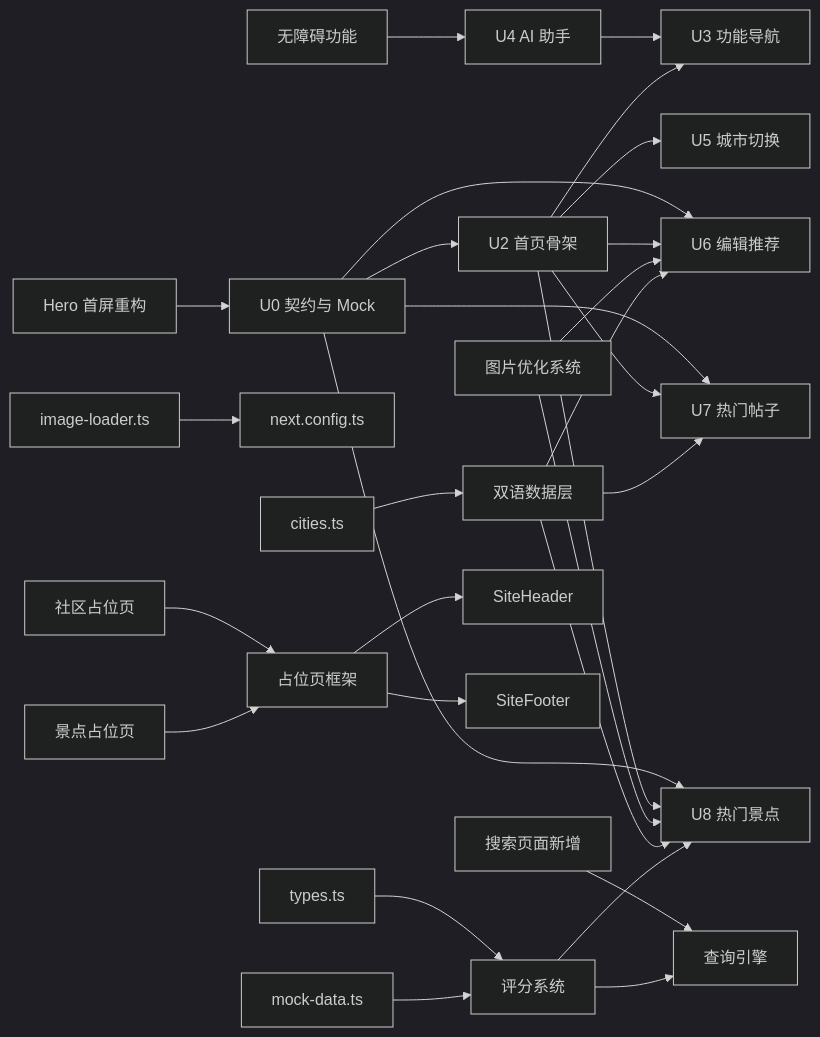
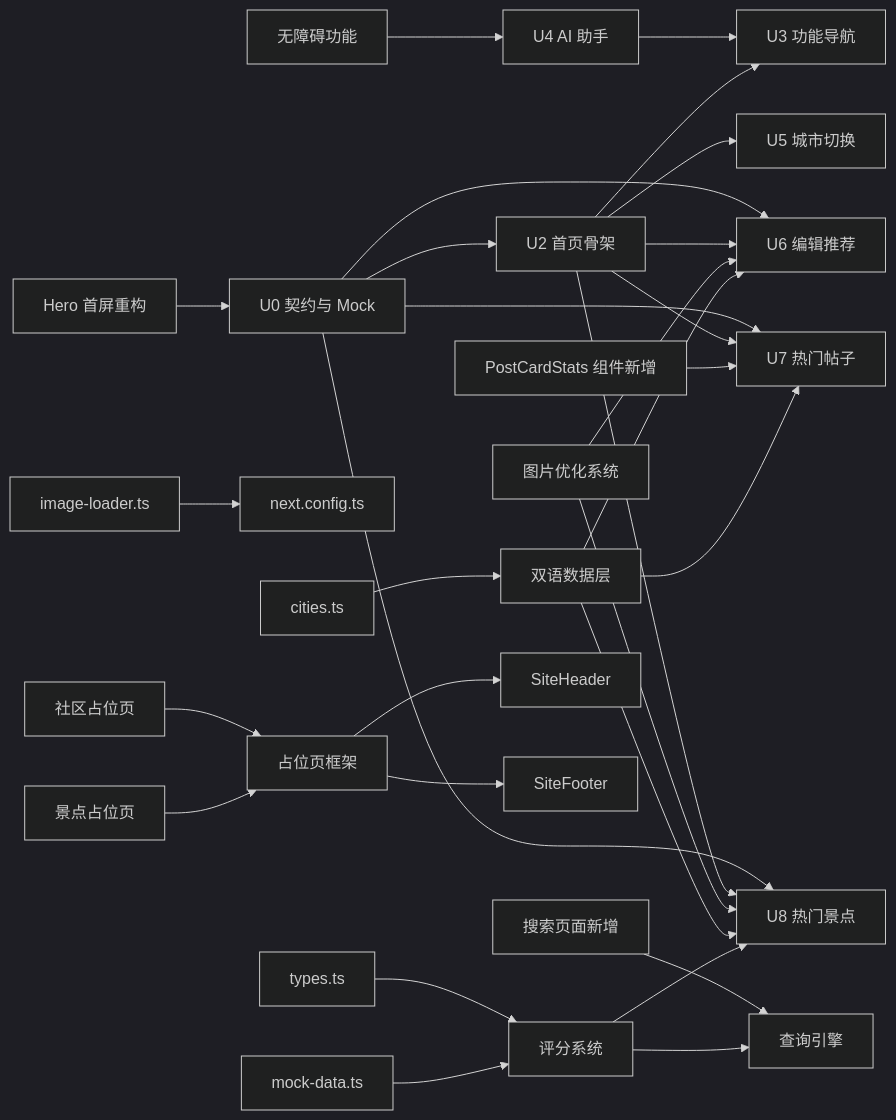
Diagram 17 of 17 in .qoder/repowiki/zh/content/规格驱动开发/WanderChain 首页规格文档/WanderChain 首页规格文档.md (luyitiger6/my-first-project), drawn with Mermaid (dark theme) before and after one commit. The commit also changed other lines of this file and 54 other files, not shown here.

````diff
--- a/.qoder/repowiki/zh/content/规格驱动开发/WanderChain 首页规格文档/WanderChain 首页规格文档.md
+++ b/.qoder/repowiki/zh/content/规格驱动开发/WanderChain 首页规格文档/WanderChain 首页规格文档.md
@@ -700,31 +771,32 @@
 ```mermaid
 graph LR
 U0["U0 契约与 Mock"] --> U2["U2 首页骨架"]
 U0 --> U6["U6 编辑推荐"]
 U0 --> U7["U7 热门帖子"]
 U0 --> U8["U8 热门景点"]
 U4["U4 AI 助手"] --> U3["U3 功能导航"]
 U2 --> U3
 U2 --> U5["U5 城市切换"]
 U2 --> U6
 U2 --> U7
 U2 --> U8
 Hero["Hero 首屏重构"] --> U0
 Search["搜索页面新增"] --> Query["查询引擎"]
 Accessibility["无障碍功能"] --> U4
+PostCardStats["PostCardStats 组件新增"] --> U7
 ImageOpt["图片优化系统"] --> U6
 ImageOpt --> U8
 Loader["image-loader.ts"] --> Config["next.config.ts"]
 Bilingual["双语数据层"] --> U6
 Bilingual --> U7
 Bilingual --> U8
 RatingSystem["评分系统"] --> U8
 RatingSystem --> Query
 Cities["cities.ts"] --> Bilingual
 Types["types.ts"] --> RatingSystem
 MockData["mock-data.ts"] --> RatingSystem
 Placeholder["占位页框架"] --> SiteHeader
 Placeholder --> SiteFooter
 CommunityPage["社区占位页"] --> Placeholder
 AttractionsPage["景点占位页"] --> Placeholder
 ```
````
